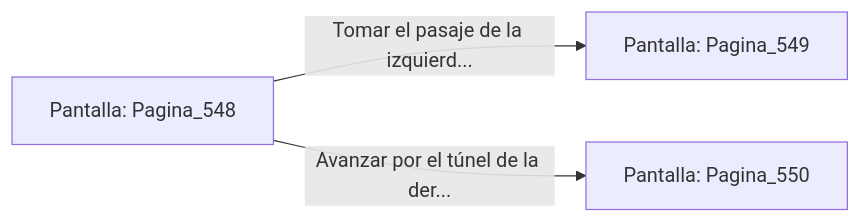
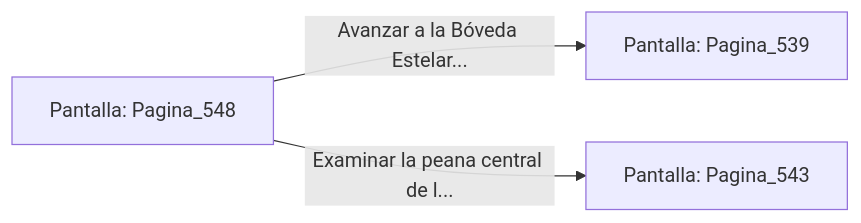
Before and after one commit to metsuke/mpl: the diagram in sample/eligejuego-vault/Pantalla_Pagina_548.md, drawn with Mermaid. The commit also changed other lines of this file and 635 other files, not shown here.

First line of the commit message:
fix: añadir Pagina_1 como pantalla inicial en capitulo_01.mpl

````diff
--- a/sample/eligejuego-vault/Pantalla_Pagina_548.md
+++ b/sample/eligejuego-vault/Pantalla_Pagina_548.md
@@ -20,6 +22,6 @@
 ```mermaid
 graph LR
     P_Pagina_548["Pantalla: Pagina_548"]
-    P_Pagina_548 -->|"Tomar el pasaje de la izquierd..."| P_Pagina_549["Pantalla: Pagina_549"]
-    P_Pagina_548 -->|"Avanzar por el túnel de la der..."| P_Pagina_550["Pantalla: Pagina_550"]
+    P_Pagina_548 -->|"Avanzar a la Bóveda Estelar..."| P_Pagina_539["Pantalla: Pagina_539"]
+    P_Pagina_548 -->|"Examinar la peana central de l..."| P_Pagina_543["Pantalla: Pagina_543"]
 ```
````
